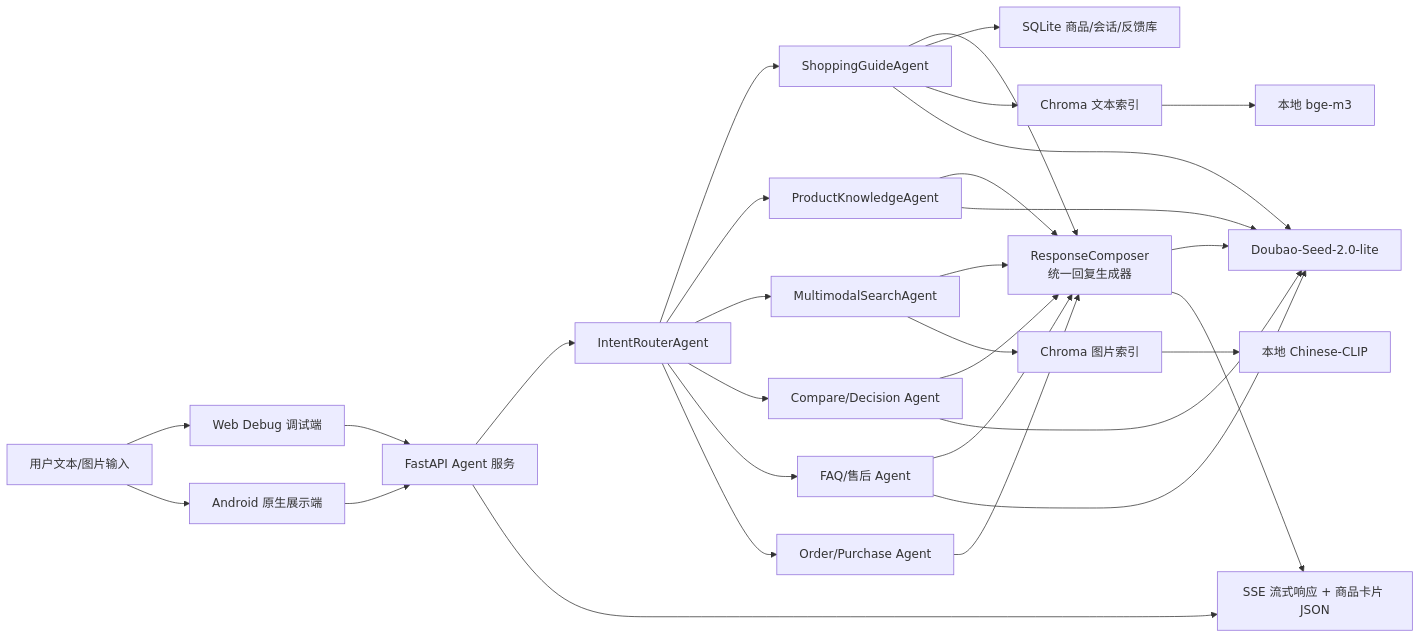
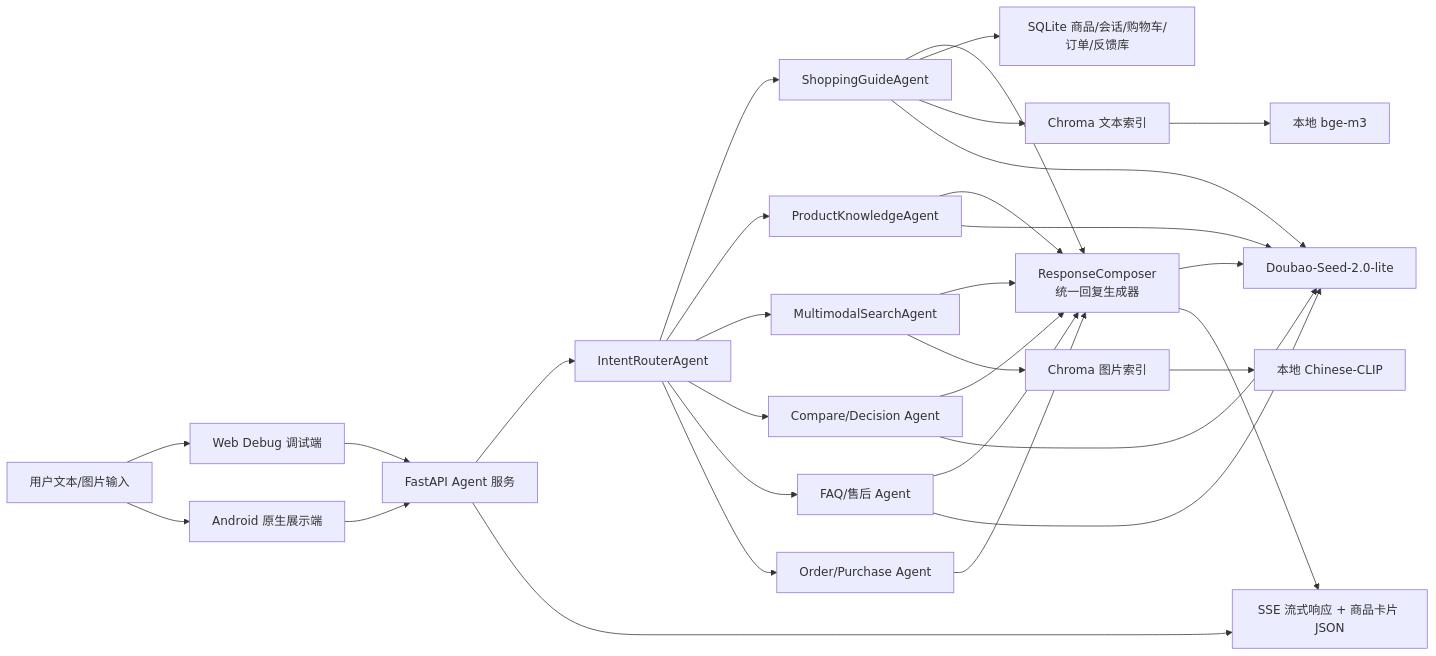
Before and after one commit to zzcy20122013/commerce-rag-agent: the diagram in docs/architecture/系统架构说明.md, drawn with Mermaid. The commit also changed other lines of this file and 7 other files, not shown here.

Commit message:
docs: sync project status with current app flow

````diff
--- a/docs/architecture/系统架构说明.md
+++ b/docs/architecture/系统架构说明.md
@@ -5,32 +5,32 @@
 ```mermaid
 flowchart LR
   U["用户文本/图片输入"] --> W["Web Debug 调试端"]
   U --> A["Android 原生展示端"]
   W --> API["FastAPI Agent 服务"]
   A --> API
   API --> R["IntentRouterAgent"]
   R --> SG["ShoppingGuideAgent"]
   R --> PK["ProductKnowledgeAgent"]
   R --> MM["MultimodalSearchAgent"]
   R --> CMP["Compare/Decision Agent"]
   R --> FAQ["FAQ/售后 Agent"]
   R --> ORD["Order/Purchase Agent"]
   SG --> COMP["ResponseComposer\n统一回复生成器"]
   PK --> COMP
   MM --> COMP
   CMP --> COMP
   FAQ --> COMP
   ORD --> COMP
-  SG --> SQL["SQLite 商品/会话/反馈库"]
+  SG --> SQL["SQLite 商品/会话/购物车/订单/反馈库"]
   SG --> TXT["Chroma 文本索引"]
   MM --> IMG["Chroma 图片索引"]
   TXT --> BGE["本地 bge-m3"]
   IMG --> CLIP["本地 Chinese-CLIP"]
   SG --> LLM["Doubao-Seed-2.0-lite"]
   PK --> LLM
   CMP --> LLM
   FAQ --> LLM
   COMP --> LLM
   COMP --> SSE["SSE 流式响应 + 商品卡片 JSON"]
   API --> SSE
 ```
````
